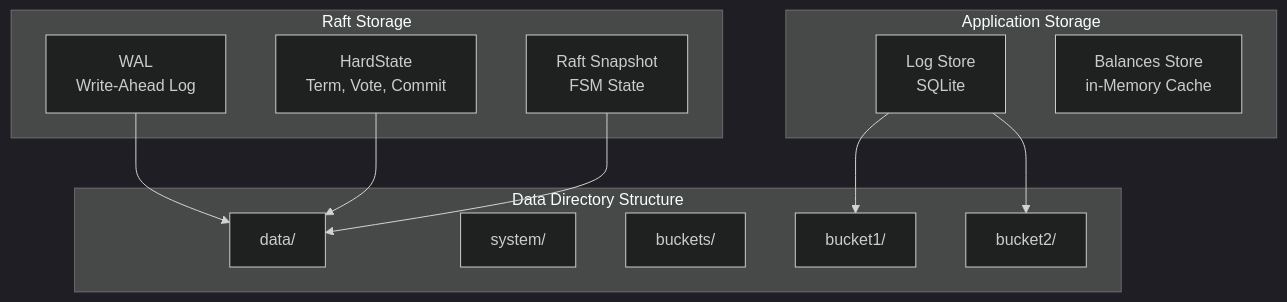
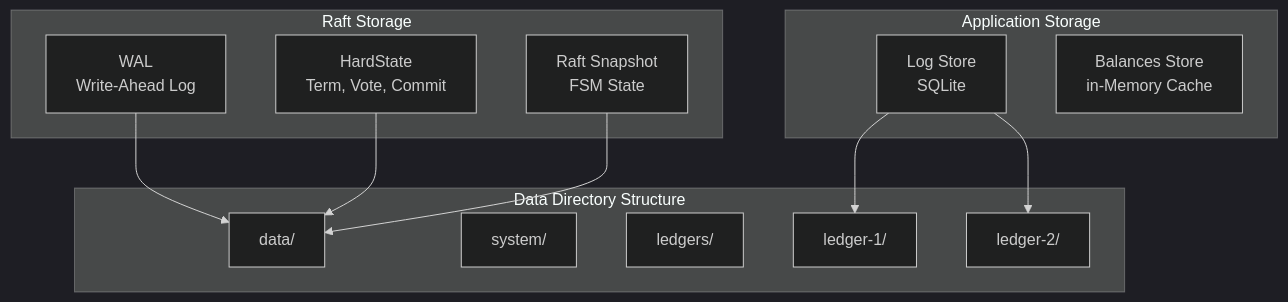
Before and after one commit to formancehq/ledger: the diagram in docs/storage.md, drawn with Mermaid (dark theme). The commit also changed other lines of this file and 123 other files, not shown here.

````diff
--- a/docs/storage.md
+++ b/docs/storage.md
@@ -14,27 +14,27 @@
 ```mermaid
 graph TB
     subgraph "Raft Storage"
         WAL[WAL<br/>Write-Ahead Log]
         HardState[HardState<br/>Term, Vote, Commit]
         Snapshot[Raft Snapshot<br/>FSM State]
     end
     
     subgraph "Application Storage"
         logstore[Log Store<br/>SQLite]
         BalancesStore[Balances Store<br/>in-Memory Cache]
     end
     
     subgraph "Data Directory Structure"
         DataDir[data/]
         SystemDir[system/]
-        bucketDir[buckets/]
-        bucket1[bucket1/]
-        bucket2[bucket2/]
+        ledgerDir[ledgers/]
+        ledger1[ledger-1/]
+        ledger2[ledger-2/]
     end
     
     WAL --> DataDir
     HardState --> DataDir
     Snapshot --> DataDir
-    logstore --> bucket1
-    logstore --> bucket2
+    logstore --> ledger1
+    logstore --> ledger2
 ```
````
